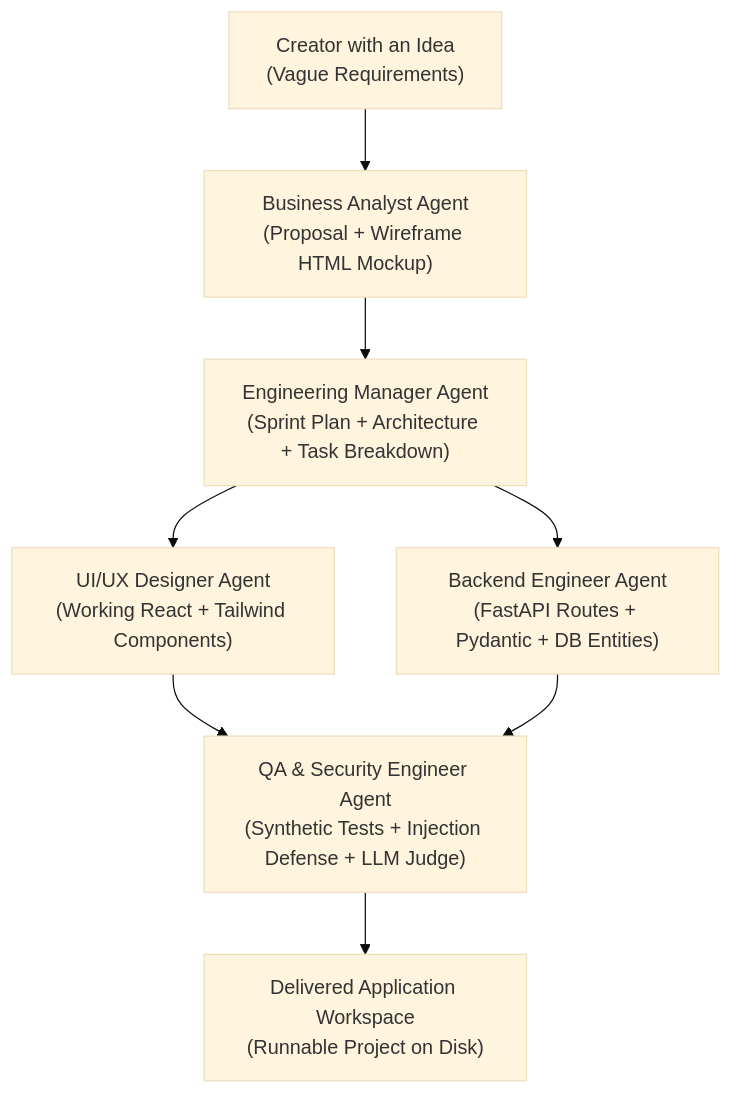
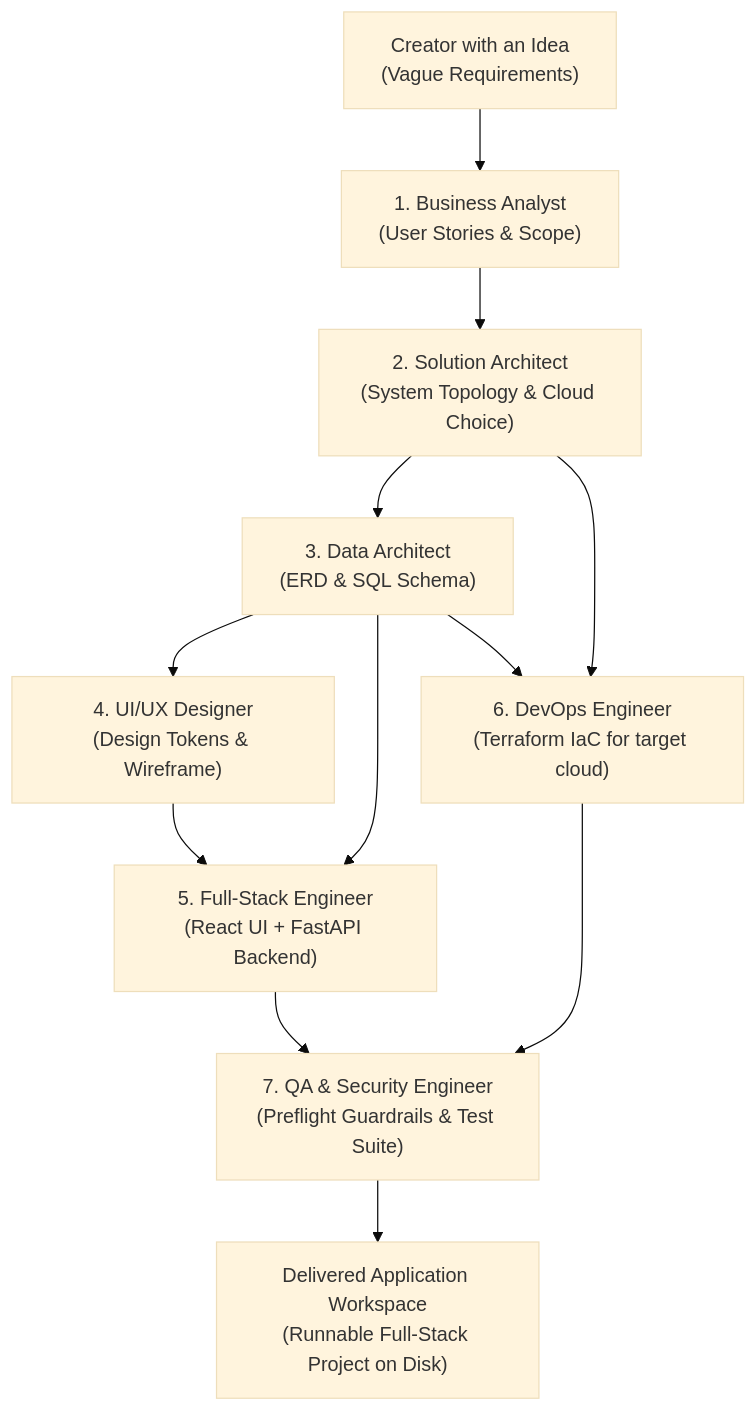
Before and after one commit to sabburi1994/nexus: the diagram in README.md, drawn with Mermaid (base theme). The commit also changed other lines of this file and 11 other files, not shown here.

Commit message:
feat: restructure IT squad to 7 specialists (SA, DA, UI/UX, Full-Stack, DevOps Terraform, QA) and convert visualizer to pure telemetry HUD

````diff
--- a/README.md
+++ b/README.md
@@ -15,9 +15,11 @@
 ```mermaid
 flowchart TD
-    User["Creator with an Idea<br/>(Vague Requirements)"] --> BA["Business Analyst Agent<br/>(Proposal + Wireframe HTML Mockup)"]
-    BA --> EM["Engineering Manager Agent<br/>(Sprint Plan + Architecture + Task Breakdown)"]
-    EM --> Design["UI/UX Designer Agent<br/>(Working React + Tailwind Components)"]
-    EM --> Backend["Backend Engineer Agent<br/>(FastAPI Routes + Pydantic + DB Entities)"]
-    Design & Backend --> QA["QA & Security Engineer Agent<br/>(Synthetic Tests + Injection Defense + LLM Judge)"]
-    QA --> Repo["Delivered Application Workspace<br/>(Runnable Project on Disk)"]
+    User["Creator with an Idea<br/>(Vague Requirements)"] --> BA["1. Business Analyst<br/>(User Stories & Scope)"]
+    BA --> SA["2. Solution Architect<br/>(System Topology & Cloud Choice)"]
+    SA --> DA["3. Data Architect<br/>(ERD & SQL Schema)"]
+    DA --> Design["4. UI/UX Designer<br/>(Design Tokens & Wireframe)"]
+    Design & DA --> FS["5. Full-Stack Engineer<br/>(React UI + FastAPI Backend)"]
+    SA & DA --> DevOps["6. DevOps Engineer<br/>(Terraform IaC for target cloud)"]
+    FS & DevOps --> QA["7. QA & Security Engineer<br/>(Preflight Guardrails & Test Suite)"]
+    QA --> Repo["Delivered Application Workspace<br/>(Runnable Full-Stack Project on Disk)"]
 ```
````
